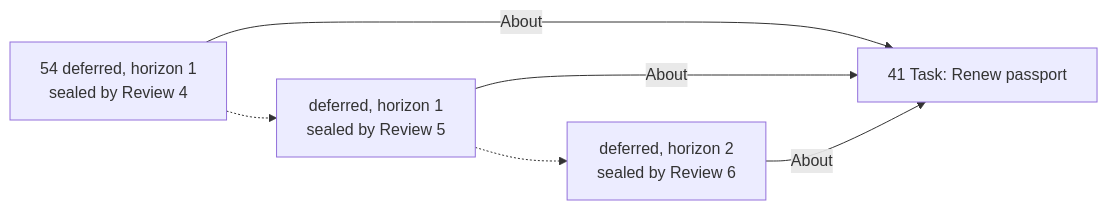
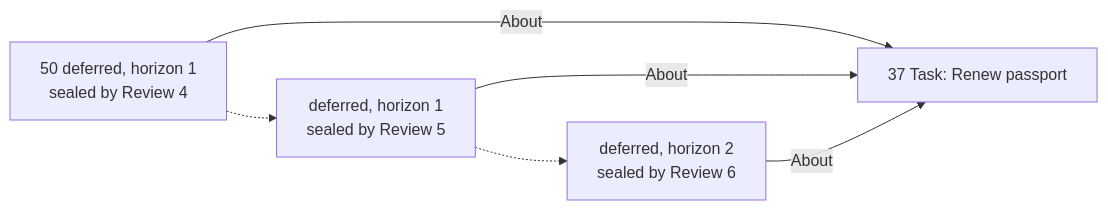
The seventh of 13 diagrams in docs/PLANNING-EXPLAINER.md (RezaOnGithub/lifecore), drawn with Mermaid before and after one commit. The commit also changed other lines of this file and 3 other files, not shown here.

````diff
--- a/docs/PLANNING-EXPLAINER.md
+++ b/docs/PLANNING-EXPLAINER.md
@@ -737,8 +734,8 @@
 ```mermaid
 flowchart LR
-    T["41 Task: Renew passport"]
-    S1["54 deferred, horizon 1<br/>sealed by Review 4"] -- About --> T
+    T["37 Task: Renew passport"]
+    S1["50 deferred, horizon 1<br/>sealed by Review 4"] -- About --> T
     S2["deferred, horizon 1<br/>sealed by Review 5"] -- About --> T
     S3["deferred, horizon 2<br/>sealed by Review 6"] -- About --> T
     S1 -.-> S2 -.-> S3
 ```
````
